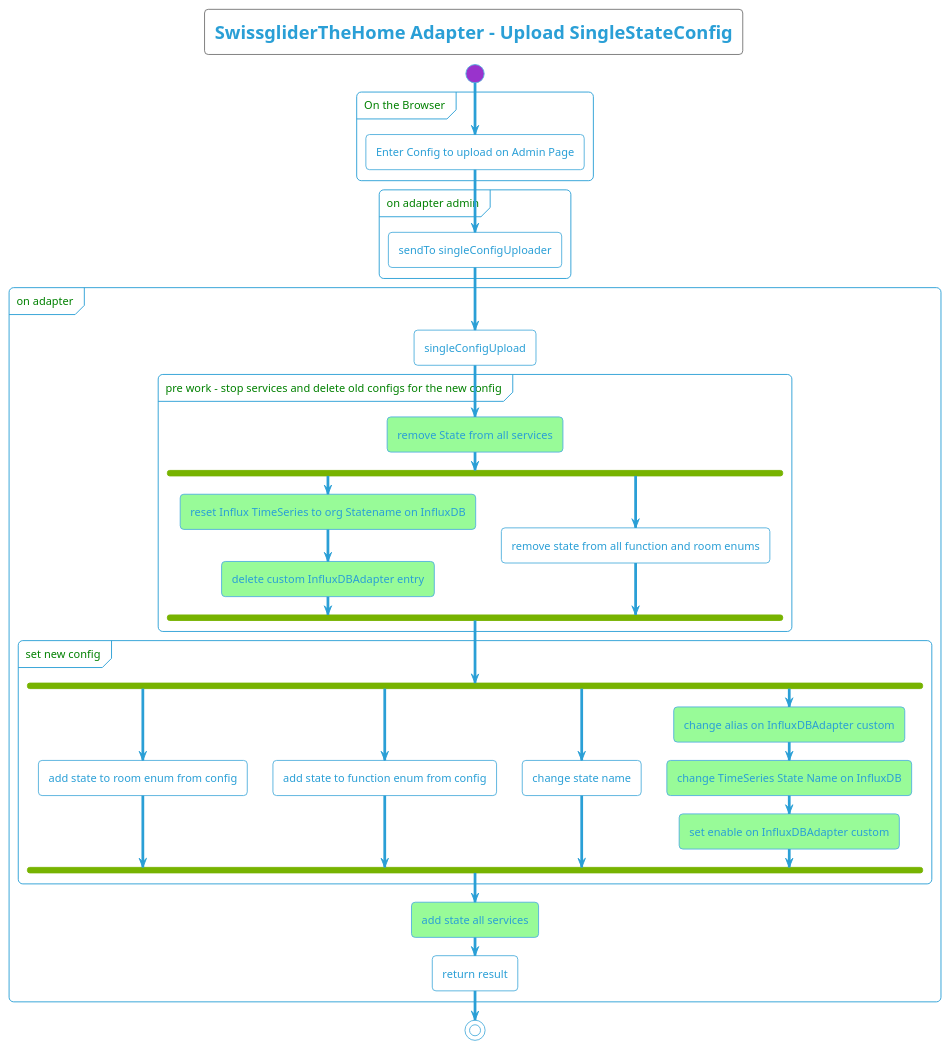
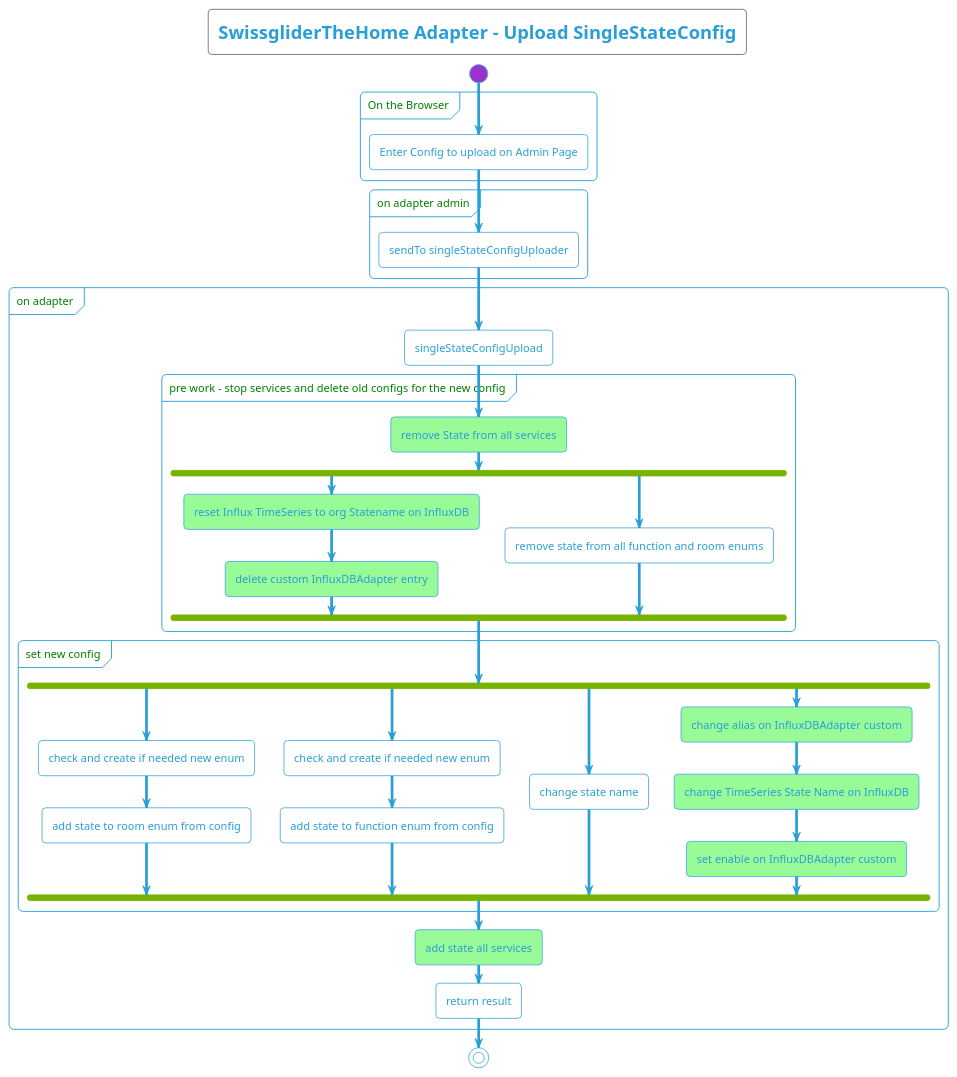
One commit to swissglider/iobroker.thehome changed the diagram in docu/plantuml/server/SwissgliderTheHome - Activity Diagram - SingleUploader.iuml. Above: the diagram before and after it, drawn with PlantUML. The commit also changed 42 other files, not shown here.

Commit message:
Upload / Download ConfigFile / SingleStateConfig Upload UseCase Implemented

```diff
--- a/docu/plantuml/server/SwissgliderTheHome - Activity Diagram - SingleUploader.iuml
+++ b/docu/plantuml/server/SwissgliderTheHome - Activity Diagram - SingleUploader.iuml
@@ -1,58 +1,60 @@
 @startuml
 !theme cyborg-outline
 
 <style>
     diamond {
         BackgroundColor #ccf
     }
     partition {
         FontColor green
         RoundCorner 10
     }
   arrow {
     FontColor black
     FontName arial
   }
 </style>
 
 title
     SwissgliderTheHome Adapter - Upload SingleStateConfig
 end title
 
 start
 partition "On the Browser" {
     :Enter Config to upload on Admin Page;
 }
 partition "on adapter admin" {
-:sendTo singleConfigUploader;
+:sendTo singleStateConfigUploader;
 }
 partition "on adapter" {
-    :singleConfigUpload;
+    :singleStateConfigUpload;
     partition "pre work - stop services and delete old configs for the new config" {
         #palegreen:remove State from all services;
         fork
             #palegreen:reset Influx TimeSeries to org Statename on InfluxDB;
             #palegreen:delete custom InfluxDBAdapter entry;
             fork again
             :remove state from all function and room enums;
         end fork
     }
     partition "set new config" {
         fork
+            :check and create if needed new enum;
             :add state to room enum from config;
             fork again
+            :check and create if needed new enum;
             :add state to function enum from config;
             fork again
             :change state name;
             fork again
             #palegreen:change alias on InfluxDBAdapter custom;
             #palegreen:change TimeSeries State Name on InfluxDB;
             #palegreen:set enable on InfluxDBAdapter custom;
         end fork
     }
     #palegreen:add state all services;
     :return result;
 }
 stop
 
 @enduml
```
